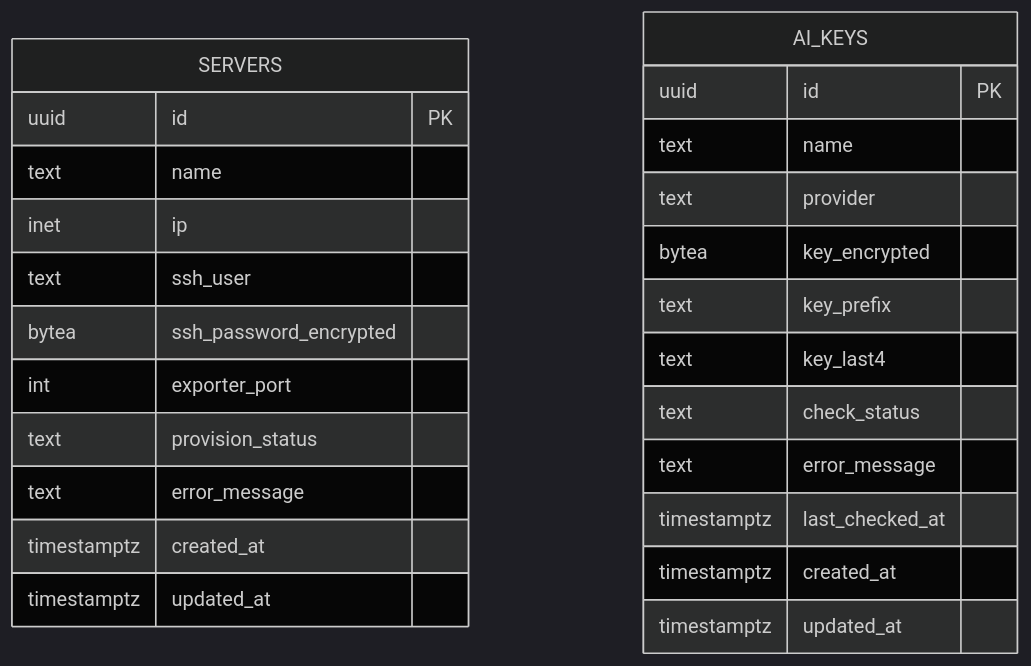
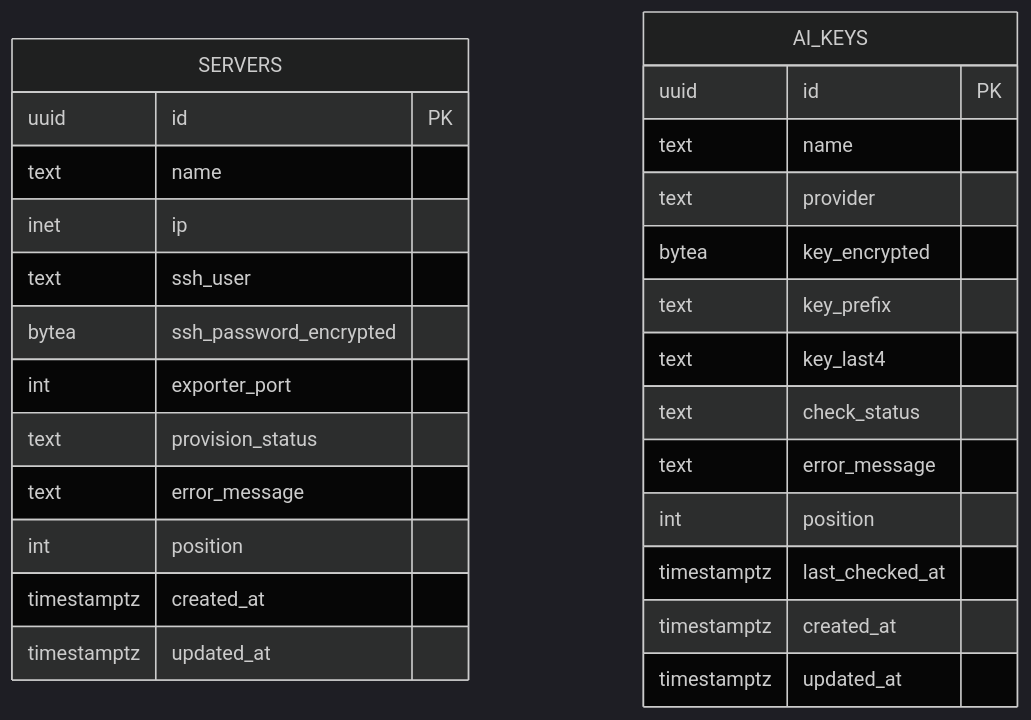
The first of 3 diagrams in docs/03-data-model.md (eliseiv/broad-crm), drawn with Mermaid (dark theme) before and after one commit. The commit also changed other lines of this file and 54 other files, not shown here.

````diff
--- a/docs/03-data-model.md
+++ b/docs/03-data-model.md
@@ -9,28 +9,30 @@
 ```mermaid
 erDiagram
     SERVERS {
         uuid id PK
         text name
         inet ip
         text ssh_user
         bytea ssh_password_encrypted
         int exporter_port
         text provision_status
         text error_message
+        int position
         timestamptz created_at
         timestamptz updated_at
     }
     AI_KEYS {
         uuid id PK
         text name
         text provider
         bytea key_encrypted
         text key_prefix
         text key_last4
         text check_status
         text error_message
+        int position
         timestamptz last_checked_at
         timestamptz created_at
         timestamptz updated_at
     }
 ```
````
